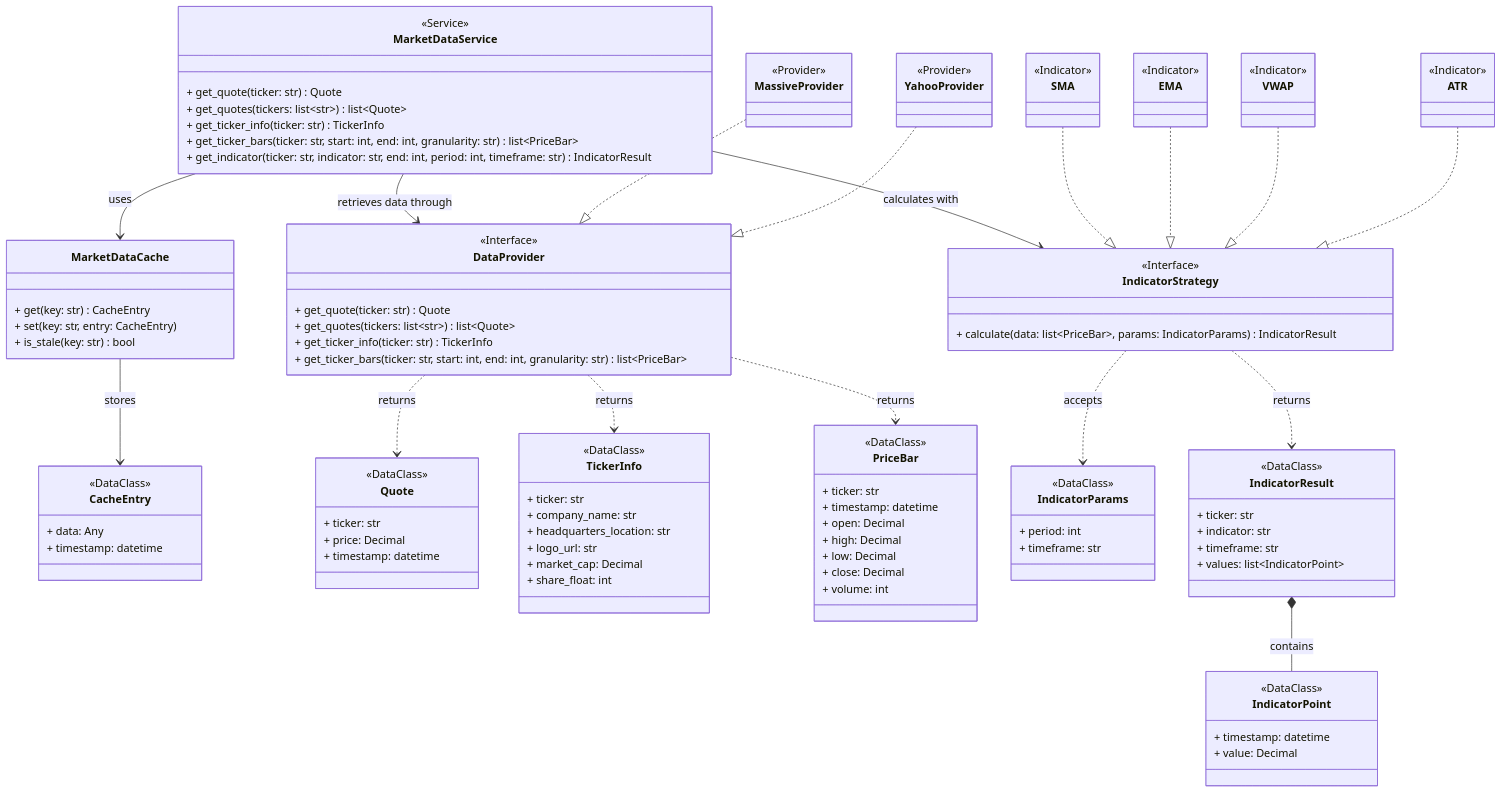
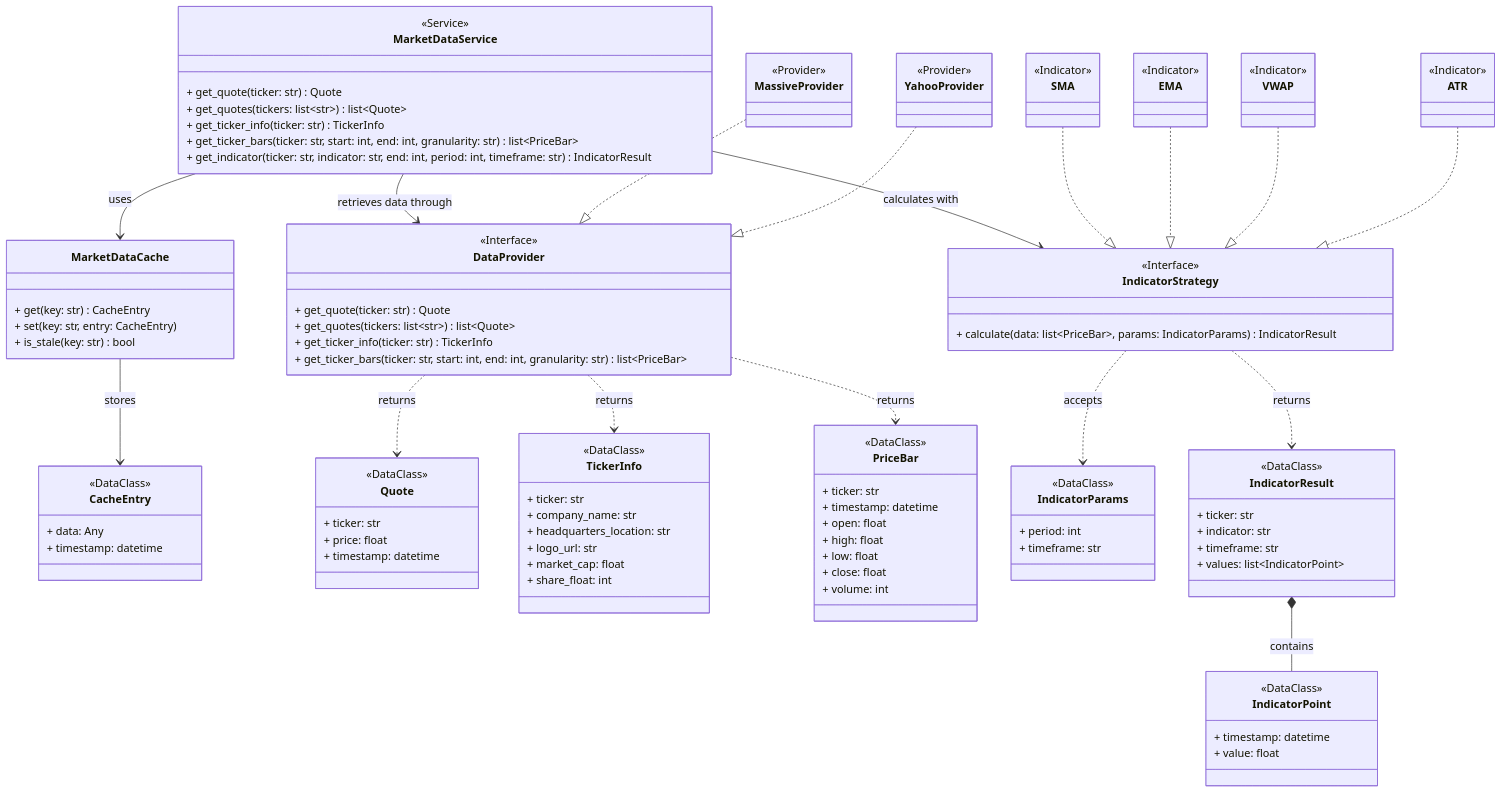
The diagram in docs/design/MARKET_DATA_DESIGN.md (DylanLiesenfelt/StonksAPI), drawn with Mermaid before and after one commit.

```diff
--- a/docs/design/MARKET_DATA_DESIGN.md
+++ b/docs/design/MARKET_DATA_DESIGN.md
@@ -67,7 +67,7 @@
     class Quote {
         <<DataClass>>
         + ticker: str
-        + price: Decimal
+        + price: float
         + timestamp: datetime
     }
 
@@ -77,7 +77,7 @@
         + company_name: str
         + headquarters_location: str
         + logo_url: str
-        + market_cap: Decimal
+        + market_cap: float
         + share_float: int
     }
 
@@ -85,10 +85,10 @@
         <<DataClass>>
         + ticker: str
         + timestamp: datetime
-        + open: Decimal
-        + high: Decimal
-        + low: Decimal
-        + close: Decimal
+        + open: float
+        + high: float
+        + low: float
+        + close: float
         + volume: int
     }
 
@@ -109,7 +109,7 @@
     class IndicatorPoint {
         <<DataClass>>
         + timestamp: datetime
-        + value: Decimal
+        + value: float
     }
 
 
```
